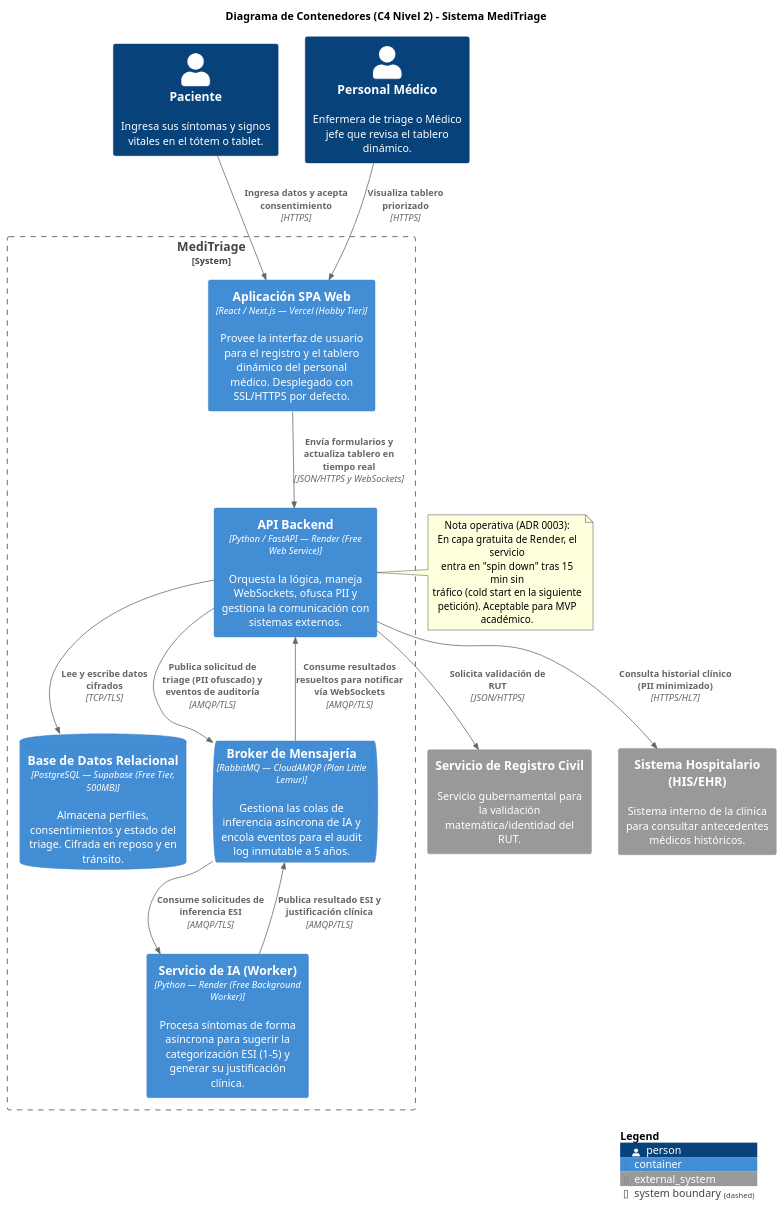
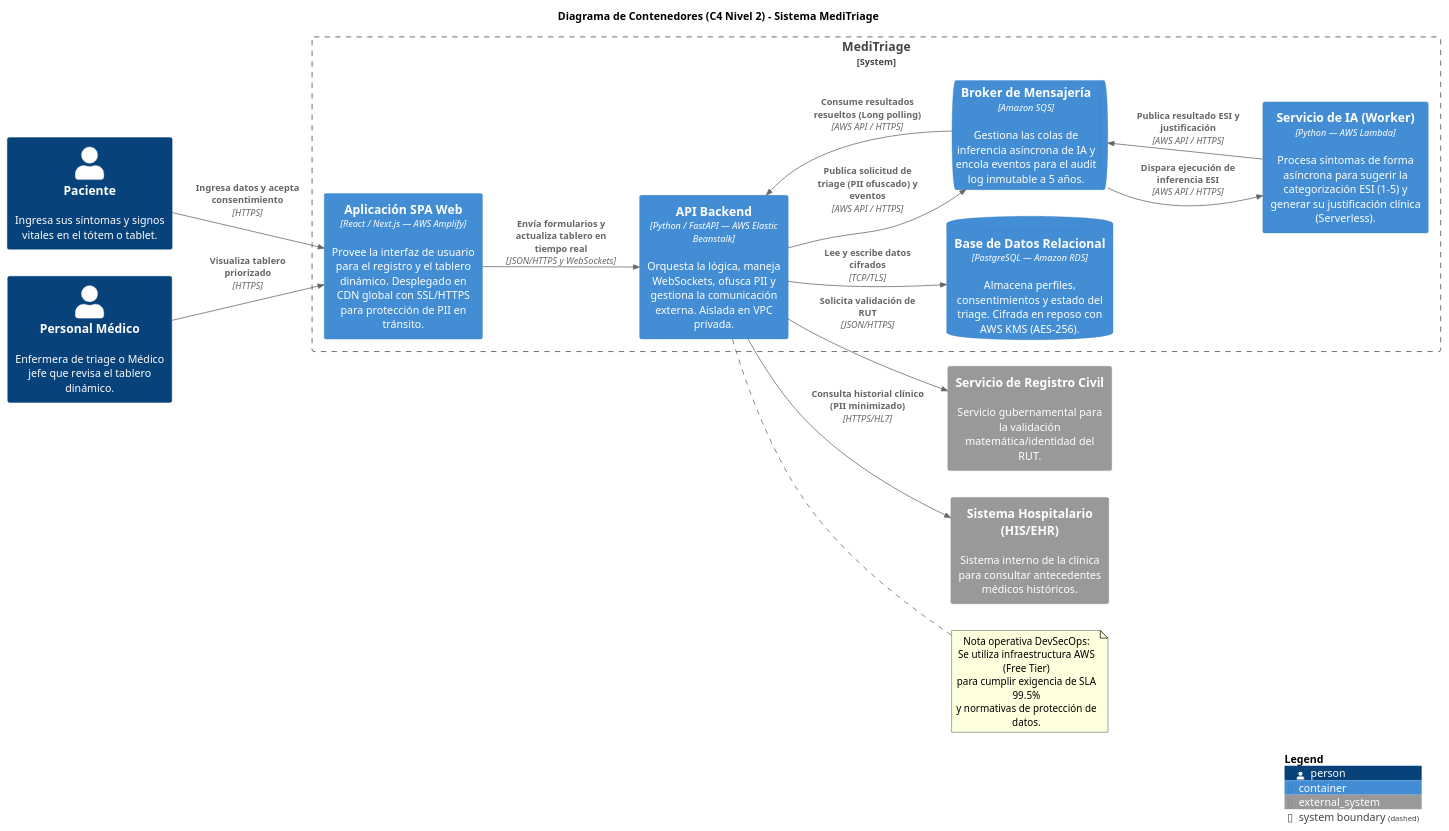
Before and after one commit to DrrFunky/equipo-ESSIA-meditriage: the diagram in docs/c4/l2-container.puml, drawn with PlantUML.

Commit message:
fix: alinea diagrama C4 L2 con infraestructura AWS
Actualiza l2-container.puml para reemplazar las tecnologías genéricas por los servicios gestionados de AWS definidos en managed-services.md (Amplify, Beanstalk, RDS, SQS y Lambda). Se corrigen los protocolos de mensajería (de AMQP a AWS API/HTTPS para SQS) asegurando coherencia técnica total para la revisión del Pull Request.

```diff
--- a/docs/c4/l2-container.puml
+++ b/docs/c4/l2-container.puml
@@ -1,49 +1,51 @@
 @startuml C4_Elements
 !include https://raw.githubusercontent.com/plantuml-stdlib/C4-PlantUML/master/C4_Container.puml
 
+LAYOUT_LEFT_RIGHT()
+
 title Diagrama de Contenedores (C4 Nivel 2) - Sistema MediTriage
-' Actualizado en ADR 0003: tecnologías genéricas reemplazadas por servicios managed
+' Actualizado en ADR 0003: tecnologías genéricas reemplazadas por servicios managed de AWS
 
 Person(paciente, "Paciente", "Ingresa sus síntomas y signos vitales en el tótem o tablet.")
 Person(medico, "Personal Médico", "Enfermera de triage o Médico jefe que revisa el tablero dinámico.")
 
 System_Boundary(meditriage, "MediTriage") {
     
-    Container(spa, "Aplicación SPA Web", "React / Next.js — Vercel (Hobby Tier)", "Provee la interfaz de usuario para el registro y el tablero dinámico del personal médico. Desplegado con SSL/HTTPS por defecto.")
+    Container(spa, "Aplicación SPA Web", "React / Next.js — AWS Amplify", "Provee la interfaz de usuario para el registro y el tablero dinámico. Desplegado en CDN global con SSL/HTTPS para protección de PII en tránsito.")
     
-    Container(api, "API Backend", "Python / FastAPI — Render (Free Web Service)", "Orquesta la lógica, maneja WebSockets, ofusca PII y gestiona la comunicación con sistemas externos.")
+    Container(api, "API Backend", "Python / FastAPI — AWS Elastic Beanstalk", "Orquesta la lógica, maneja WebSockets, ofusca PII y gestiona la comunicación externa. Aislada en VPC privada.")
     
-    Container(worker_ia, "Servicio de IA (Worker)", "Python — Render (Free Background Worker)", "Procesa síntomas de forma asíncrona para sugerir la categorización ESI (1-5) y generar su justificación clínica.")
+    Container(worker_ia, "Servicio de IA (Worker)", "Python — AWS Lambda", "Procesa síntomas de forma asíncrona para sugerir la categorización ESI (1-5) y generar su justificación clínica (Serverless).")
     
-    ContainerDb(db, "Base de Datos Relacional", "PostgreSQL — Supabase (Free Tier, 500MB)", "Almacena perfiles, consentimientos y estado del triage. Cifrada en reposo y en tránsito.")
+    ContainerDb(db, "Base de Datos Relacional", "PostgreSQL — Amazon RDS", "Almacena perfiles, consentimientos y estado del triage. Cifrada en reposo con AWS KMS (AES-256).")
     
-    ContainerQueue(broker, "Broker de Mensajería", "RabbitMQ — CloudAMQP (Plan Little Lemur)", "Gestiona las colas de inferencia asíncrona de IA y encola eventos para el audit log inmutable a 5 años.")
+    ContainerQueue(broker, "Broker de Mensajería", "Amazon SQS", "Gestiona las colas de inferencia asíncrona de IA y encola eventos para el audit log inmutable a 5 años.")
 }
 
 System_Ext(registro_civil, "Servicio de Registro Civil", "Servicio gubernamental para la validación matemática/identidad del RUT.")
 System_Ext(his_ehr, "Sistema Hospitalario (HIS/EHR)", "Sistema interno de la clínica para consultar antecedentes médicos históricos.")
 
 Rel(paciente, spa, "Ingresa datos y acepta consentimiento", "HTTPS")
 Rel(medico, spa, "Visualiza tablero priorizado", "HTTPS")
 
 Rel(spa, api, "Envía formularios y actualiza tablero en tiempo real", "JSON/HTTPS y WebSockets", $tags="port:443")
 Rel(api, db, "Lee y escribe datos cifrados", "TCP/TLS", $tags="port:5432")
 
-Rel(api, broker, "Publica solicitud de triage (PII ofuscado) y eventos de auditoría", "AMQP/TLS", $tags="port:5672")
-Rel(broker, worker_ia, "Consume solicitudes de inferencia ESI", "AMQP/TLS", $tags="port:5672")
-Rel(worker_ia, broker, "Publica resultado ESI y justificación clínica", "AMQP/TLS", $tags="port:5672")
-Rel(broker, api, "Consume resultados resueltos para notificar vía WebSockets", "AMQP/TLS", $tags="port:5672")
+' AWS SQS se comunica mediante llamadas a la API vía HTTPS, no por AMQP
+Rel(api, broker, "Publica solicitud de triage (PII ofuscado) y eventos", "AWS API / HTTPS", $tags="port:443")
+Rel(broker, worker_ia, "Dispara ejecución de inferencia ESI", "AWS API / HTTPS", $tags="port:443")
+Rel(worker_ia, broker, "Publica resultado ESI y justificación", "AWS API / HTTPS", $tags="port:443")
+Rel(broker, api, "Consume resultados resueltos (Long polling)", "AWS API / HTTPS", $tags="port:443")
 
 Rel(api, registro_civil, "Solicita validación de RUT", "JSON/HTTPS")
 Rel(api, his_ehr, "Consulta historial clínico (PII minimizado)", "HTTPS/HL7")
 
 note right of api
-  Nota operativa (ADR 0003):
-  En capa gratuita de Render, el servicio
-  entra en "spin down" tras 15 min sin
-  tráfico (cold start en la siguiente
-  petición). Aceptable para MVP académico.
+  Nota operativa DevSecOps:
+  Se utiliza infraestructura AWS (Free Tier)
+  para cumplir exigencia de SLA 99.5%
+  y normativas de protección de datos.
 end note
 
 SHOW_LEGEND()
 @enduml
```
